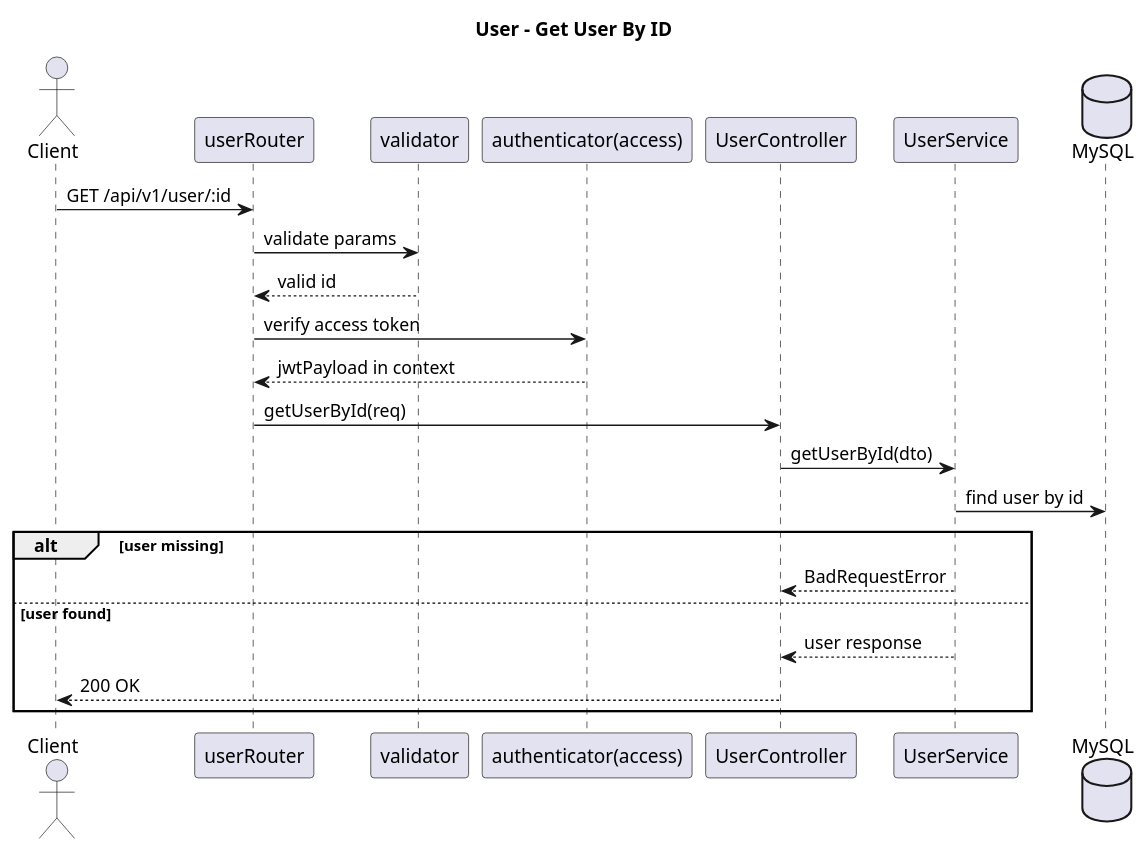
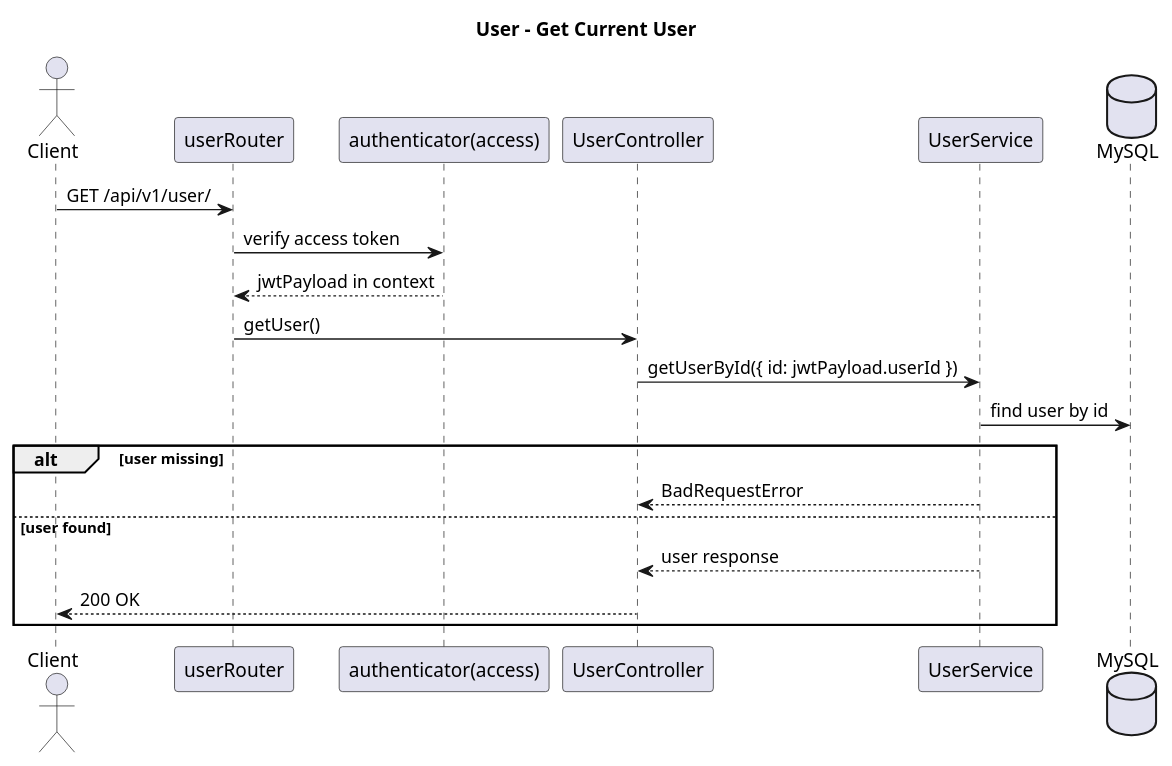
The sixth of 9 diagrams in docs/202605061020-auth-user-use-cases.md (sy-nt/CNPMM_BE), drawn with PlantUML before and after one commit. The commit also changed other lines of this file and 9 other files, not shown here.

````diff
--- a/docs/202605061020-auth-user-use-cases.md
+++ b/docs/202605061020-auth-user-use-cases.md
@@ -244,29 +261,26 @@
 ```plantuml
 @startuml
-title User - Get User By ID
+title User - Get Current User
 
 actor Client
 participant "userRouter" as Router
-participant "validator" as Validator
 participant "authenticator(access)" as Authenticator
 participant "UserController" as Controller
 participant "UserService" as Service
 database "MySQL" as DB
 
-Client -> Router: GET /api/v1/user/:id
-Router -> Validator: validate params
-Validator --> Router: valid id
+Client -> Router: GET /api/v1/user/
 Router -> Authenticator: verify access token
 Authenticator --> Router: jwtPayload in context
-Router -> Controller: getUserById(req)
-Controller -> Service: getUserById(dto)
+Router -> Controller: getUser()
+Controller -> Service: getUserById({ id: jwtPayload.userId })
 Service -> DB: find user by id
 alt user missing
     Service --> Controller: BadRequestError
 else user found
     Service --> Controller: user response
     Controller --> Client: 200 OK
 end
 
 @enduml
 ```
````
